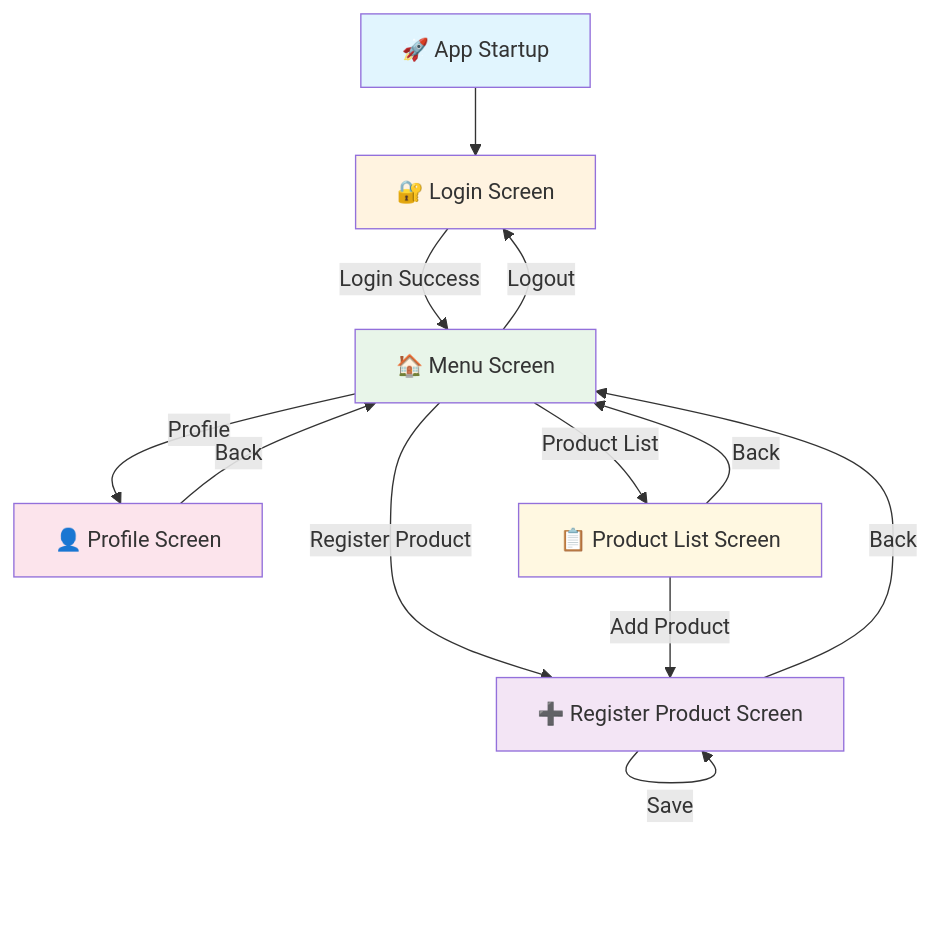
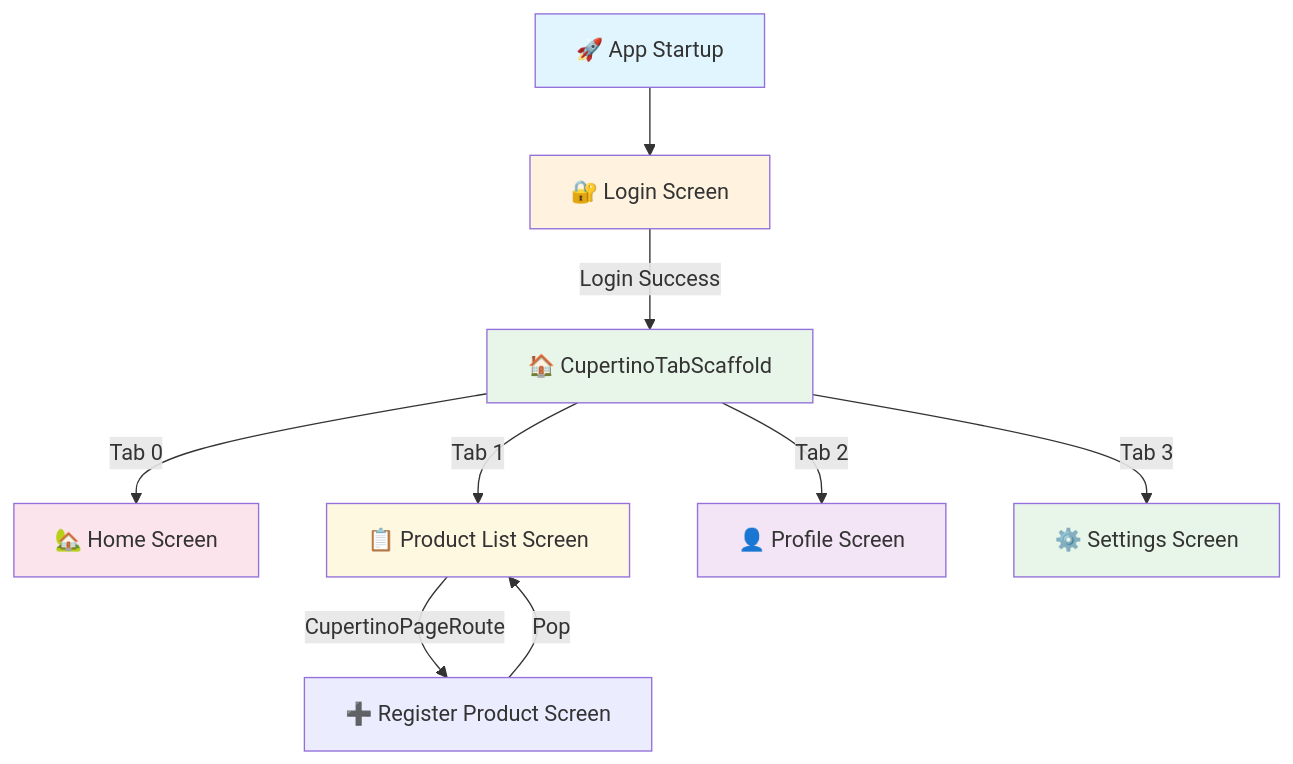
The second of 3 diagrams in README.md (rafaelchuco/Tienda-Movil), drawn with Mermaid before and after one commit. The commit also changed other lines of this file and 5 other files, not shown here.

````diff
--- a/README.md
+++ b/README.md
@@ -390,24 +387,22 @@
 ```mermaid
 flowchart TD
     A[🚀 App Startup] --> B[🔐 Login Screen]
     
-    B --> |Login Success| C[🏠 Menu Screen]
+    B --> |Login Success| C[🏠 CupertinoTabScaffold]
     
-    C --> |Profile| D[👤 Profile Screen]
-    C --> |Register Product| E[➕ Register Product Screen]
-    C --> |Product List| F[📋 Product List Screen]
-    C --> |Logout| B
+    C --> |Tab 0| D[🏡 Home Screen]
+    C --> |Tab 1| E[📋 Product List Screen]
+    C --> |Tab 2| F[👤 Profile Screen]
+    C --> |Tab 3| G[⚙️ Settings Screen]
     
-    D --> |Back| C
-    E --> |Back| C
-    E --> |Save| E
-    F --> |Back| C
-    F --> |Add Product| E
+    E --> |CupertinoPageRoute| H[➕ Register Product Screen]
+    H --> |Pop| E
     
     style A fill:#e1f5fe
     style B fill:#fff3e0
     style C fill:#e8f5e9
     style D fill:#fce4ec
-    style E fill:#f3e5f5
-    style F fill:#fff8e1
+    style E fill:#fff8e1
+    style F fill:#f3e5f5
+    style G fill:#e8f5e9
 ```
````
